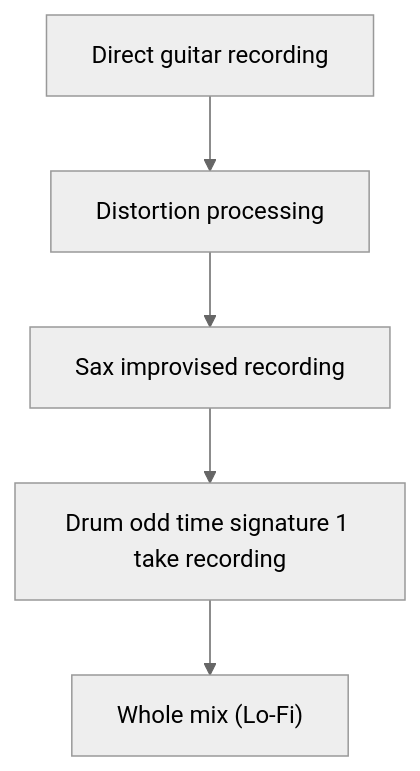
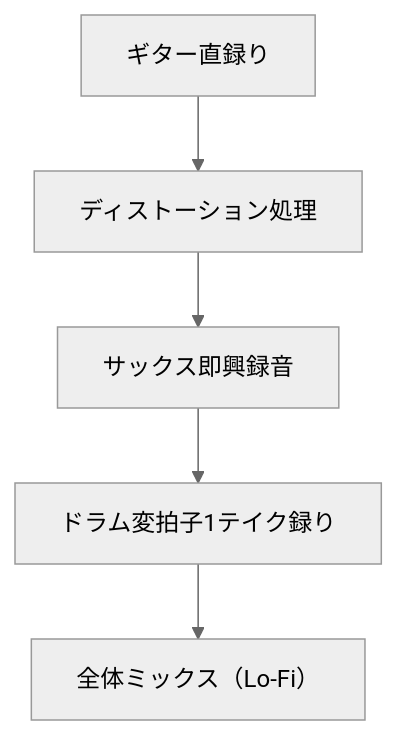
The seventh of 18 diagrams in en/_posts/2025-11-22-column-butthole-surfers.md (monumental-movement/monumental-movement.github.io), drawn with Mermaid (neutral theme) before and after one commit. The commit also changed other lines of this file and 2196 other files, not shown here.

```diff
--- a/en/_posts/2025-11-22-column-butthole-surfers.md
+++ b/en/_posts/2025-11-22-column-butthole-surfers.md
@@ -207,7 +206,7 @@
 <div class="mermaid">
 flowchart TD
-    A["Direct guitar recording"] --> B["Distortion processing"]
-    B --> C["Sax improvised recording"]
-    C --> D["Drum odd time signature 1 take recording"]
-    D --> E["Whole mix (Lo-Fi)"]
+    A["ギター直録り"] --> B["ディストーション処理"]
+    B --> C["サックス即興録音"]
+    C --> D["ドラム変拍子1テイク録り"]
+    D --> E["全体ミックス（Lo-Fi）"]
 </div>
```
